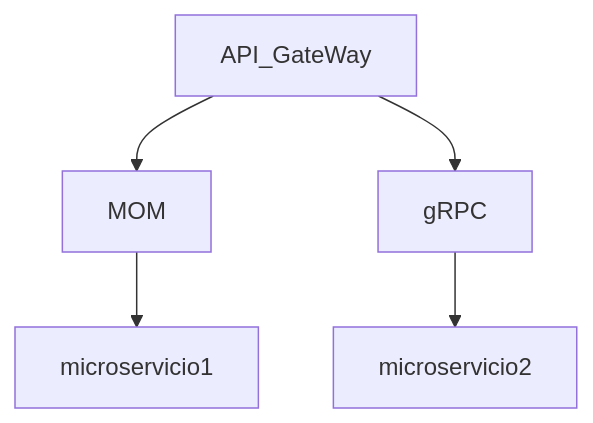
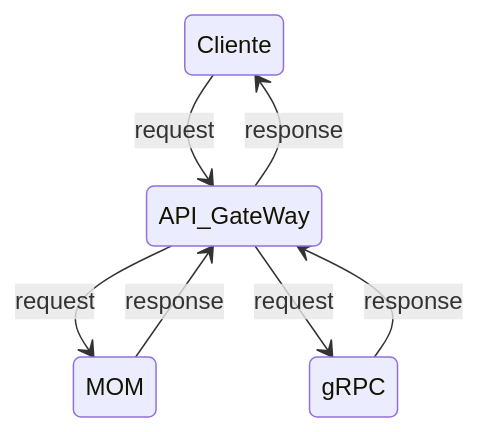
Before and after one commit to jdvalencit/jdvalencit-st0263: the diagram in ch2-mom-grcp/README.md, drawn with Mermaid. The commit also changed other lines of this file, not shown here.

````diff
--- a/ch2-mom-grcp/README.md
+++ b/ch2-mom-grcp/README.md
@@ -32,6 +27,10 @@
 ```mermaid
-graph TD
-		API_GateWay --> MOM --> microservicio1
-	  API_GateWay --> gRPC --> microservicio2
+stateDiagram-v2
+		Cliente --> API_GateWay: request 
+		API_GateWay --> MOM: request
+		API_GateWay --> gRPC: request
+		MOM --> API_GateWay: response
+		gRPC --> API_GateWay: response
+		API_GateWay--> Cliente:response 
 		
 ```
````
